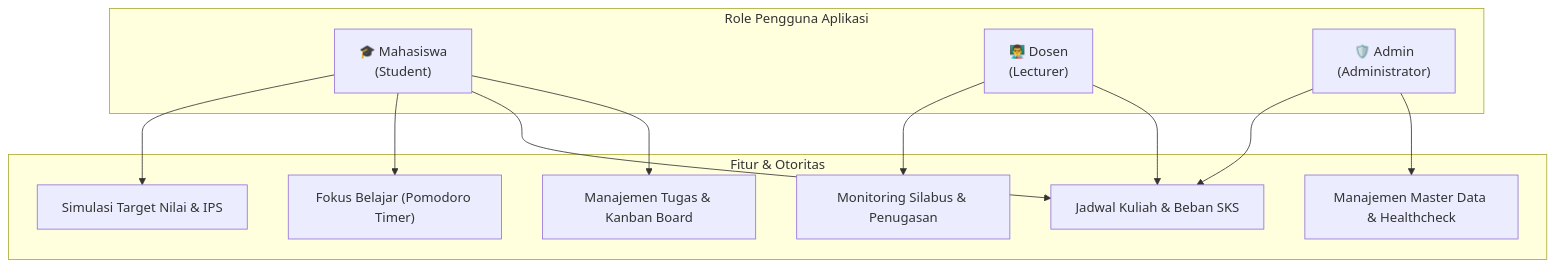
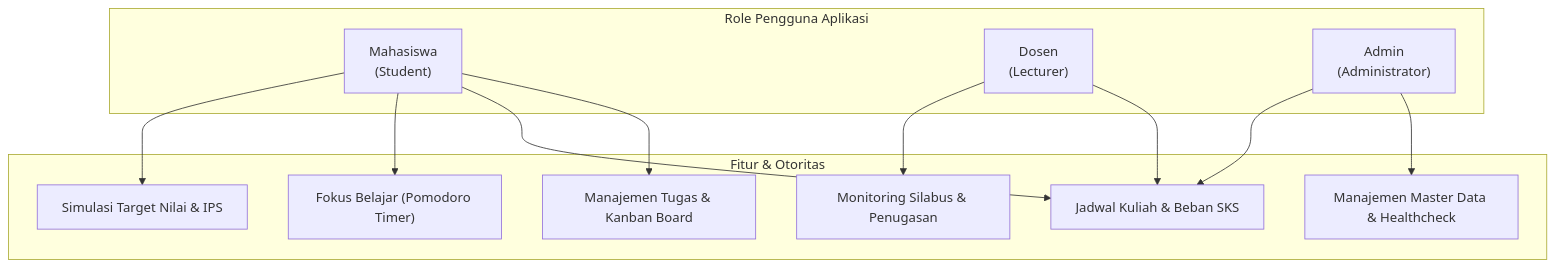
One commit to spycy123/studyflow changed the diagram in docs/roles/application-roles.md. Above: the diagram before and after it, drawn with Mermaid. The commit also changed other lines of this file and 3 other files, not shown here.

````diff
--- a/docs/roles/application-roles.md
+++ b/docs/roles/application-roles.md
@@ -11,21 +11,21 @@
 ```mermaid
 flowchart TD
     subgraph Roles["Role Pengguna Aplikasi"]
-        MHS["🎓 Mahasiswa\n(Student)"]
-        DSN["👨‍🏫 Dosen\n(Lecturer)"]
-        ADM["🛡️ Admin\n(Administrator)"]
+        MHS["Mahasiswa\n(Student)"]
+        DSN["Dosen\n(Lecturer)"]
+        ADM["Admin\n(Administrator)"]
     end
 
     subgraph CoreFeatures["Fitur & Otoritas"]
         F_Task["Manajemen Tugas & Kanban Board"]
         F_Schedule["Jadwal Kuliah & Beban SKS"]
         F_Pomodoro["Fokus Belajar (Pomodoro Timer)"]
         F_GPA["Simulasi Target Nilai & IPS"]
         F_Syllabus["Monitoring Silabus & Penugasan"]
         F_Admin["Manajemen Master Data & Healthcheck"]
     end
 
     MHS --> F_Task & F_Schedule & F_Pomodoro & F_GPA
     DSN --> F_Schedule & F_Syllabus
     ADM --> F_Admin & F_Schedule
 ```
````
